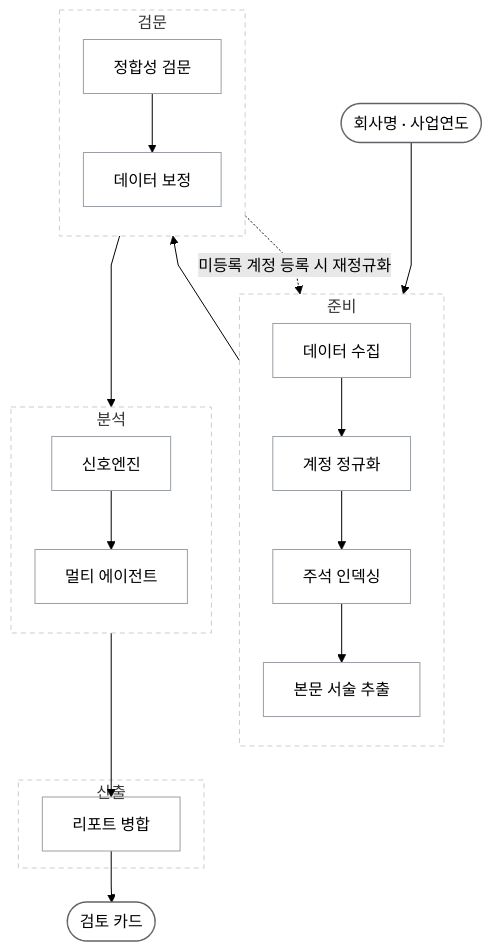
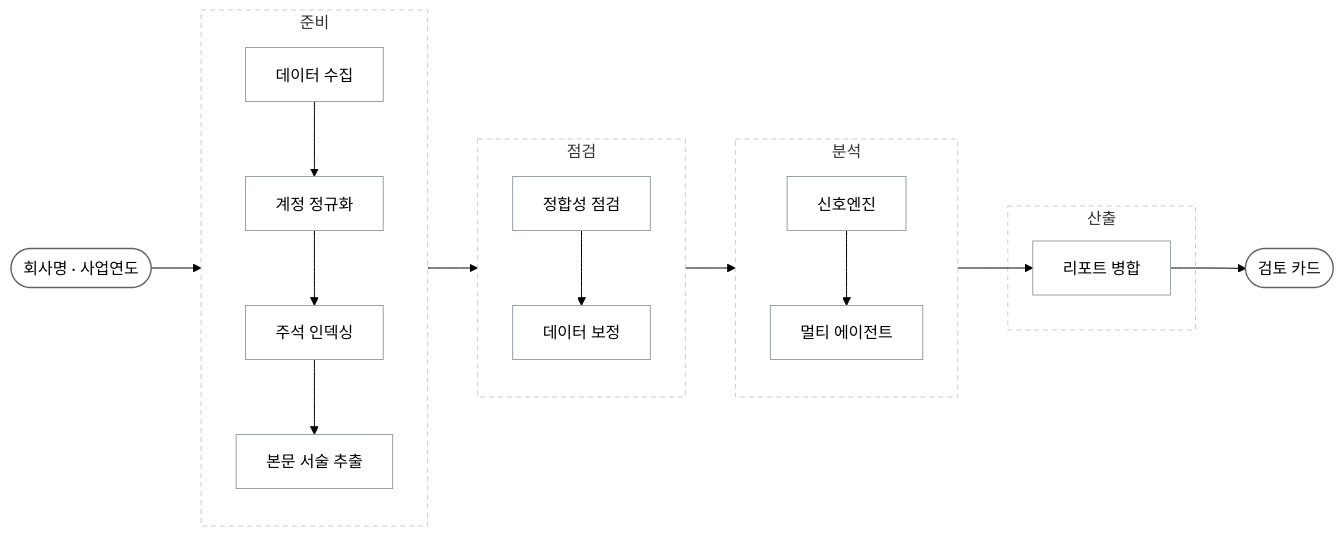
Before and after one commit to ghdtjrgns321-creator/fs-multi-analyzer: the first of 2 diagrams in README.md, drawn with Mermaid (forest theme). The commit also changed other lines of this file, not shown here.

````diff
--- a/README.md
+++ b/README.md
@@ -61,39 +61,37 @@
 ```mermaid
-%%{init: {"flowchart": {"curve": "linear", "nodeSpacing": 28, "rankSpacing": 34}}}%%
-flowchart TD
+flowchart LR
     IN(["회사명 · 사업연도"]) --> A
 
     subgraph PREP["준비"]
         direction TB
         A["데이터 수집"] --> B["계정 정규화"] --> C["주석 인덱싱"] --> D["본문 서술 추출"]
     end
 
-    subgraph GATE["검문"]
+    subgraph GATE["점검"]
         direction TB
-        E["정합성 검문"] --> F["데이터 보정"]
+        E["정합성 점검"] --> F["데이터 보정"]
     end
 
     subgraph ANALYSIS["분석"]
         direction TB
         G["신호엔진"] --> H["멀티 에이전트"]
     end
 
     subgraph OUTPUT["산출"]
         I["리포트 병합"]
     end
 
     D --> E
     F --> G
     H --> I
     I --> CARD(["검토 카드"])
-    F -.->|"미등록 계정 등록 시 재정규화"| B
 
     classDef step fill:none,stroke:#9aa0a6,stroke-width:1px
     classDef port fill:none,stroke:#5f6368,stroke-width:1.5px
     class A,B,C,D,E,F,G,H,I step
     class IN,CARD port
     style PREP fill:none,stroke:#c8cdd2,stroke-dasharray:5 4
     style GATE fill:none,stroke:#c8cdd2,stroke-dasharray:5 4
     style ANALYSIS fill:none,stroke:#c8cdd2,stroke-dasharray:5 4
     style OUTPUT fill:none,stroke:#c8cdd2,stroke-dasharray:5 4
 ```
````
